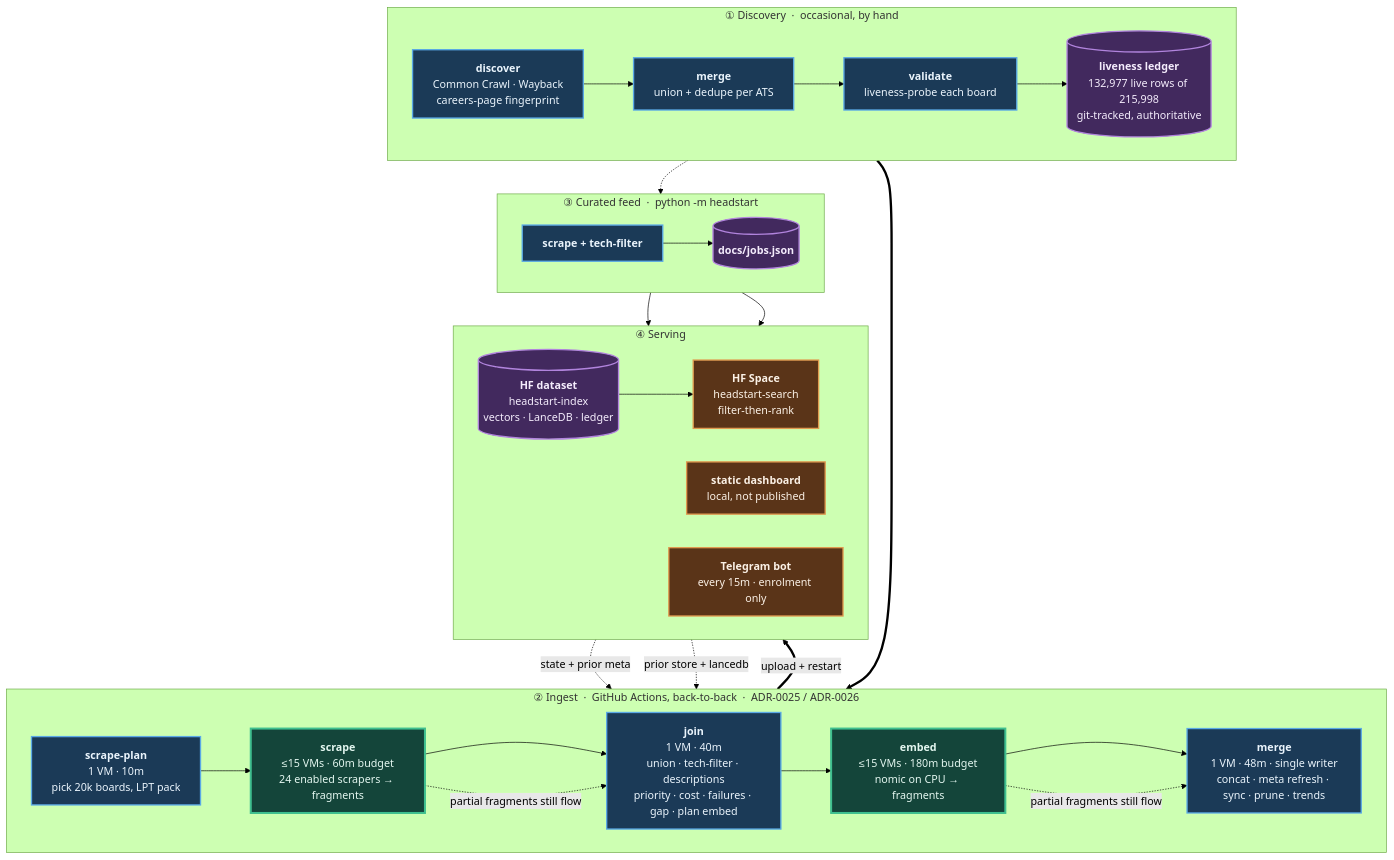
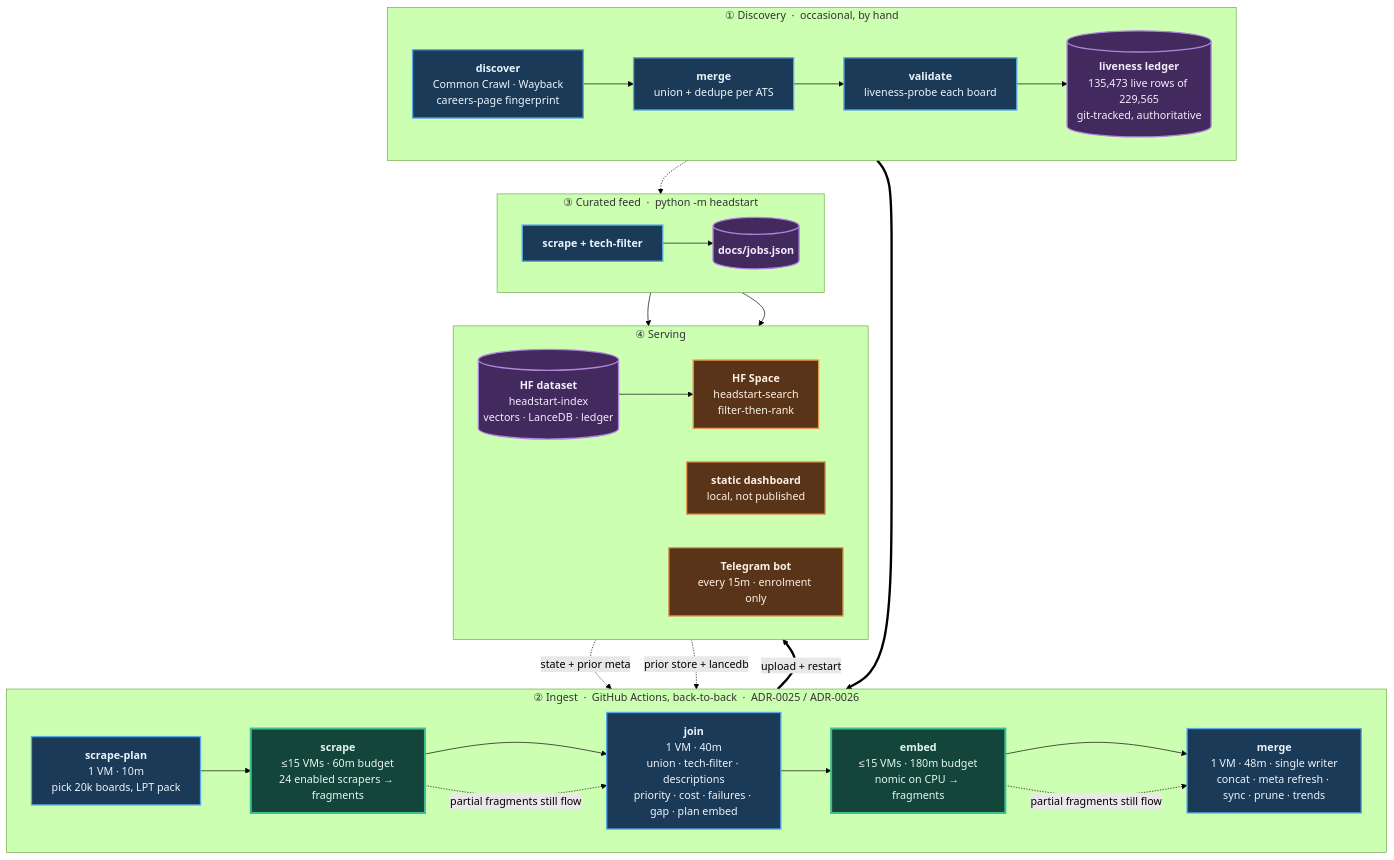
Before and after one commit to sarthakjain004/headstart: the diagram in README.md, drawn with Mermaid (forest theme). The commit also changed other lines of this file and 5 other files, not shown here.

````diff
--- a/README.md
+++ b/README.md
@@ -84,56 +84,56 @@
 ```mermaid
 flowchart TB
     subgraph D["① Discovery &nbsp;·&nbsp; occasional, by hand"]
         direction LR
         D1["<b>discover</b><br/>Common Crawl · Wayback<br/>careers-page fingerprint"]
         D2["<b>merge</b><br/>union + dedupe per ATS"]
         D3["<b>validate</b><br/>liveness-probe each board"]
-        D4[("<b>liveness ledger</b><br/>132,977 live rows of 215,998<br/>git-tracked, authoritative")]
+        D4[("<b>liveness ledger</b><br/>135,473 live rows of 229,565<br/>git-tracked, authoritative")]
         D1 --> D2 --> D3 --> D4
     end
 
     subgraph P["② Ingest &nbsp;·&nbsp; GitHub Actions, back-to-back &nbsp;·&nbsp; ADR-0025 / ADR-0026"]
         direction LR
         P1["<b>scrape-plan</b><br/>1 VM · 10m<br/>pick 20k boards, LPT pack"]
         P2["<b>scrape</b><br/>≤15 VMs · 60m budget<br/>24 enabled scrapers → fragments"]
         P3["<b>join</b><br/>1 VM · 40m<br/>union · tech-filter · descriptions<br/>priority · cost · failures · gap · plan embed"]
         P4["<b>embed</b><br/>≤15 VMs · 180m budget<br/>nomic on CPU → fragments"]
         P5["<b>merge</b><br/>1 VM · 48m · single writer<br/>concat · meta refresh · sync · prune · trends"]
         P1 --> P2 --> P3 --> P4 --> P5
     end
 
     subgraph F["③ Curated feed &nbsp;·&nbsp; python -m headstart"]
         direction LR
         F1["<b>scrape + tech-filter</b>"]
         F2[("<b>docs/jobs.json</b>")]
         F1 --> F2
     end
 
     subgraph S["④ Serving"]
         direction LR
         S1[("<b>HF dataset</b><br/>headstart-index<br/>vectors · LanceDB · ledger")]
         S2["<b>HF Space</b><br/>headstart-search<br/>filter-then-rank"]
         S3["<b>static dashboard</b><br/>local, not published"]
         S4["<b>Telegram bot</b><br/>every 15m · enrolment only"]
         S1 --> S2
     end
 
     D4 ==> P1
     S1 -. "state + prior meta" .-> P1
     S1 -. "prior store + lancedb" .-> P5
     D4 -.-> F1
     P5 ==>|"upload + restart"| S1
     F2 --> S3
     F2 --> S4
     P2 -. "partial fragments still flow" .-> P3
     P4 -. "partial fragments still flow" .-> P5
 
     classDef serial fill:#1b3a57,stroke:#5aa9e6,stroke-width:2px,color:#eaf4fc
     classDef fan fill:#14453a,stroke:#3fbf8f,stroke-width:3px,color:#e4f7f0
     classDef store fill:#42295e,stroke:#b184dd,stroke-width:2px,color:#f4ecfc
     classDef serve fill:#5a3418,stroke:#e09a4f,stroke-width:2px,color:#fbf1e6
     class D1,D2,D3,P1,P3,P5,F1 serial
     class P2,P4 fan
     class D4,F2,S1 store
     class S2,S3,S4 serve
 ```
````
